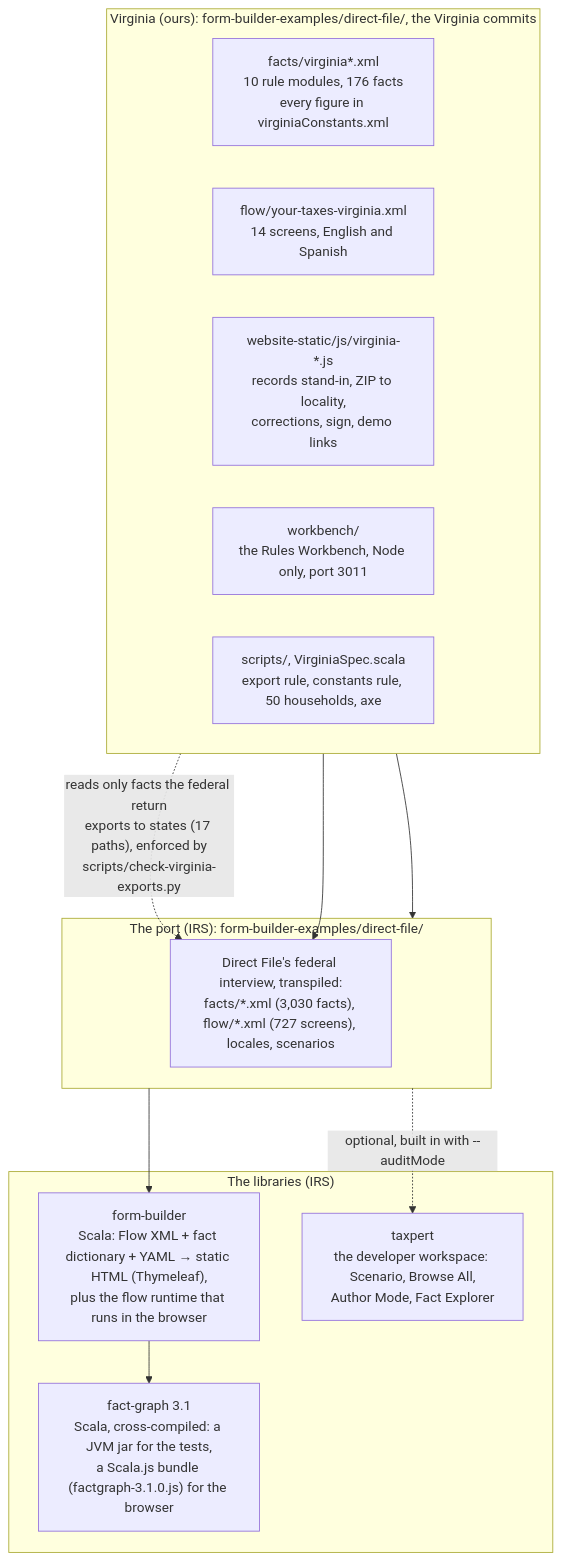
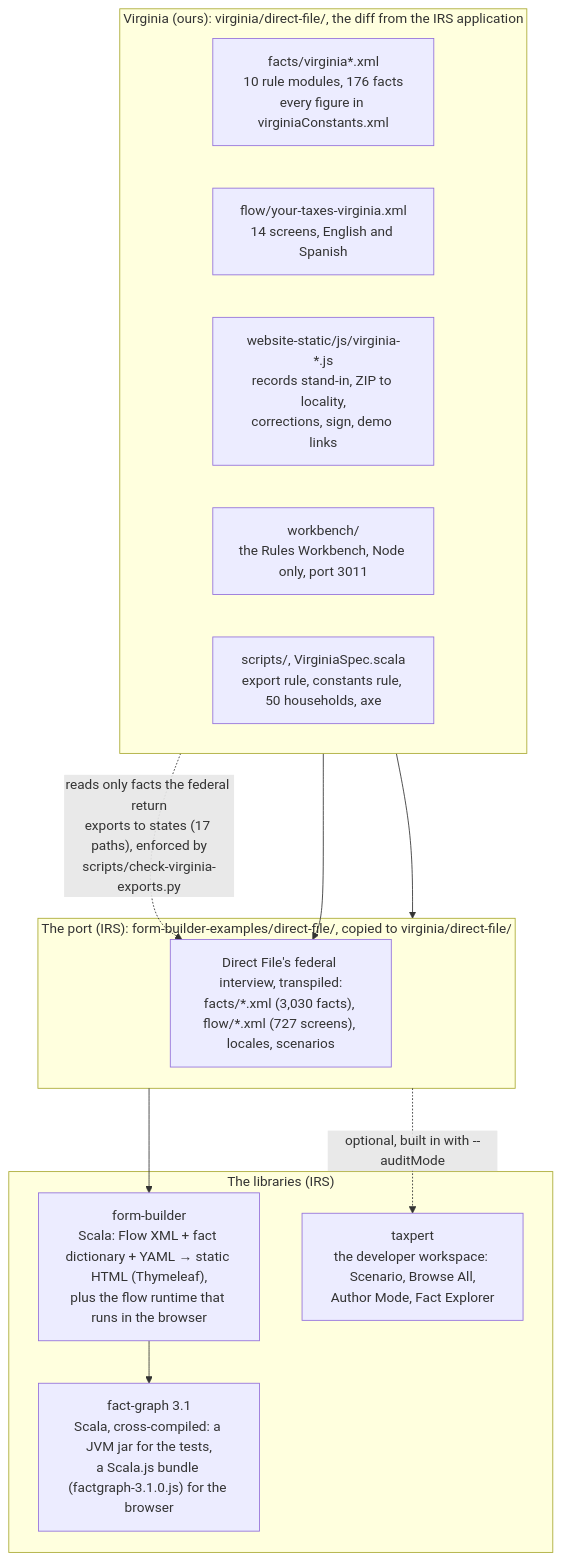
Before and after one commit to gchickering21/direct-file-virginia: the first of 2 diagrams in docs/architecture.md, drawn with Mermaid. The commit also changed other lines of this file and 548 other files, not shown here.

````diff
--- a/docs/architecture.md
+++ b/docs/architecture.md
@@ -12,25 +12,25 @@
 ```mermaid
 flowchart TB
-    subgraph VA["Virginia (ours): form-builder-examples/direct-file/, the Virginia commits"]
+    subgraph VA["Virginia (ours): virginia/direct-file/, the diff from the IRS application"]
         direction LR
         rules["facts/virginia*.xml<br/>10 rule modules, 176 facts<br/>every figure in virginiaConstants.xml"]
         screens["flow/your-taxes-virginia.xml<br/>14 screens, English and Spanish"]
         js["website-static/js/virginia-*.js<br/>records stand-in, ZIP to locality,<br/>corrections, sign, demo links"]
         wb["workbench/<br/>the Rules Workbench, Node only, port 3011"]
         checks["scripts/, VirginiaSpec.scala<br/>export rule, constants rule, 50 households, axe"]
     end
-    subgraph PORT["The port (IRS): form-builder-examples/direct-file/"]
+    subgraph PORT["The port (IRS): form-builder-examples/direct-file/, copied to virginia/direct-file/"]
         fed["Direct File's federal interview, transpiled:<br/>facts/*.xml (3,030 facts), flow/*.xml (727 screens), locales, scenarios"]
     end
     subgraph LIBS["The libraries (IRS)"]
         fb["form-builder<br/>Scala: Flow XML + fact dictionary + YAML → static HTML (Thymeleaf),<br/>plus the flow runtime that runs in the browser"]
         fg["fact-graph 3.1<br/>Scala, cross-compiled: a JVM jar for the tests,<br/>a Scala.js bundle (factgraph-3.1.0.js) for the browser"]
         tp["taxpert<br/>the developer workspace: Scenario, Browse All,<br/>Author Mode, Fact Explorer"]
     end
     rules -. "reads only facts the federal return<br/>exports to states (17 paths), enforced by<br/>scripts/check-virginia-exports.py" .-> fed
     screens --> fed
     VA --> PORT
     PORT --> fb
     PORT -. "optional, built in with --auditMode" .-> tp
     fb --> fg
 ```
````
